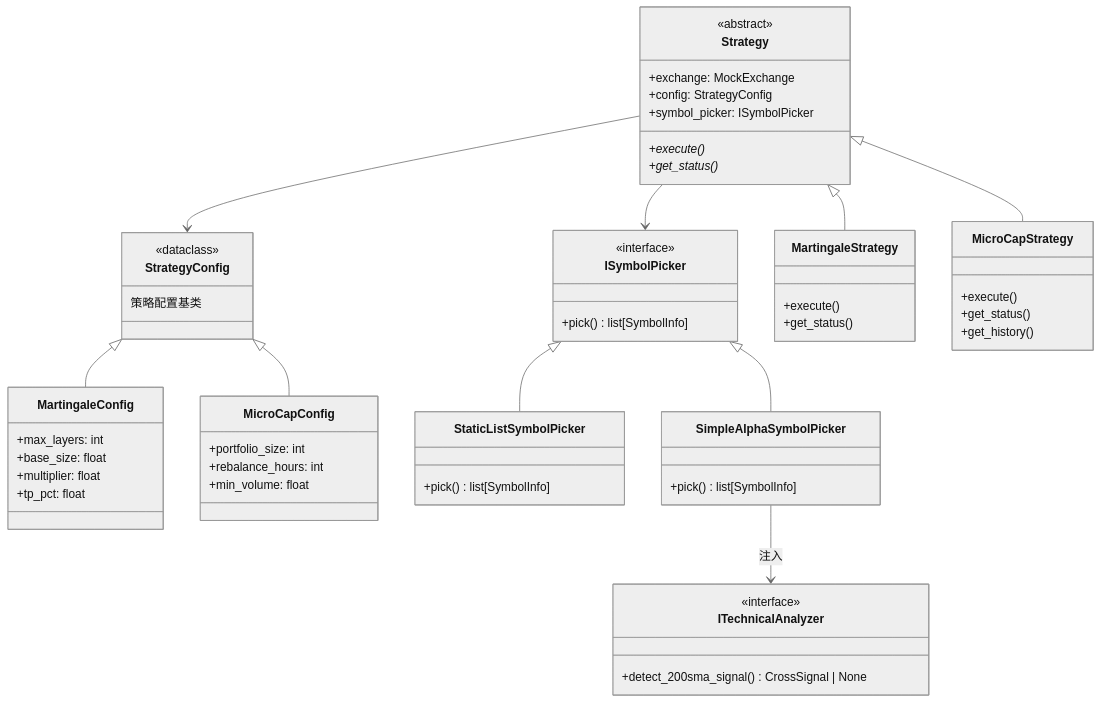
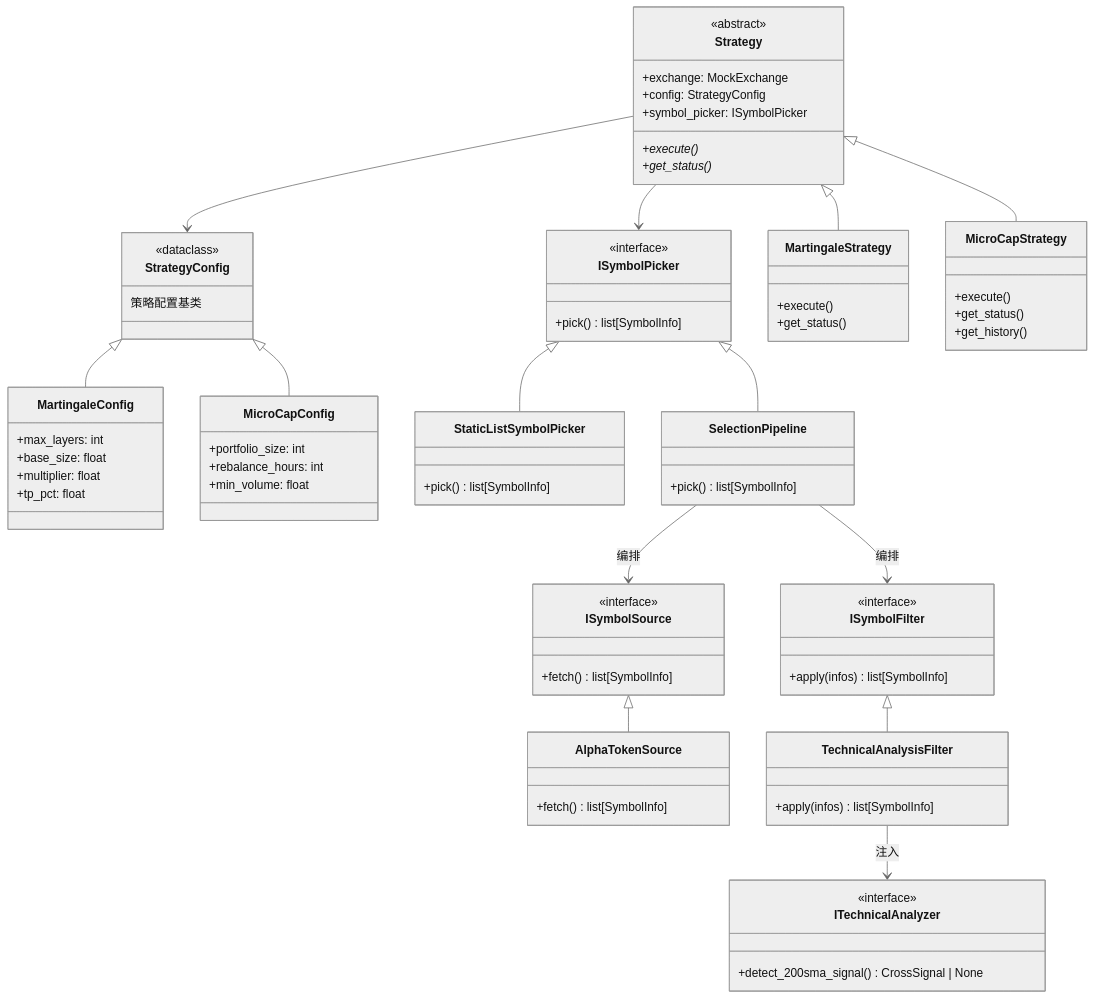
One commit to cqlwm/trading-service changed the first of 5 diagrams in architecture_document/04-strategy-engine.md. Above: the diagram before and after it, drawn with Mermaid (neutral theme). The commit also changed other lines of this file and 16 other files, not shown here.

First line of the commit message:
refactor: 选币器与技术分析解耦为 source -> filter -> 策略管道模式

````diff
--- a/architecture_document/04-strategy-engine.md
+++ b/architecture_document/04-strategy-engine.md
@@ -53,8 +53,26 @@
         +pick() list[SymbolInfo]
     }
 
-    class SimpleAlphaSymbolPicker {
+    class ISymbolSource {
+        <<interface>>
+        +fetch() list[SymbolInfo]
+    }
+
+    class ISymbolFilter {
+        <<interface>>
+        +apply(infos) list[SymbolInfo]
+    }
+
+    class SelectionPipeline {
         +pick() list[SymbolInfo]
+    }
+
+    class AlphaTokenSource {
+        +fetch() list[SymbolInfo]
+    }
+
+    class TechnicalAnalysisFilter {
+        +apply(infos) list[SymbolInfo]
     }
 
     class ITechnicalAnalyzer {
@@ -72,6 +90,10 @@
     StrategyConfig <|-- MicroCapConfig
 
     ISymbolPicker <|-- StaticListSymbolPicker
-    ISymbolPicker <|-- SimpleAlphaSymbolPicker
-    SimpleAlphaSymbolPicker --> ITechnicalAnalyzer : 注入
+    ISymbolPicker <|-- SelectionPipeline
+    SelectionPipeline --> ISymbolSource : 编排
+    SelectionPipeline --> ISymbolFilter : 编排
+    ISymbolSource <|-- AlphaTokenSource
+    ISymbolFilter <|-- TechnicalAnalysisFilter
+    TechnicalAnalysisFilter --> ITechnicalAnalyzer : 注入
 ```
````
